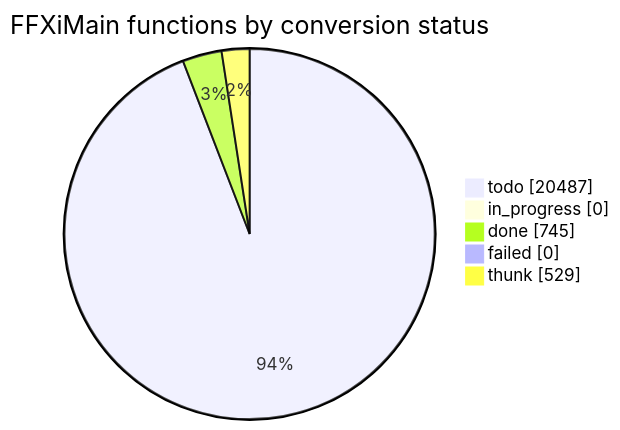
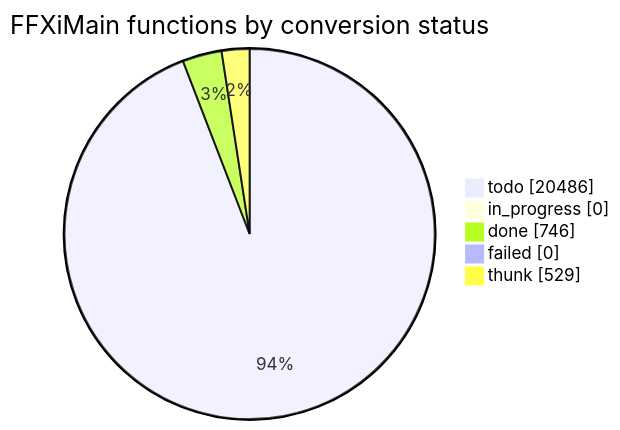
The diagram in docs/cow/STATUS.md (cowrevenge/cow_kuluu_xi_anything), drawn with Mermaid before and after one commit. The commit also changed other lines of this file and 9 other files, not shown here.

````diff
--- a/docs/cow/STATUS.md
+++ b/docs/cow/STATUS.md
@@ -18,9 +18,9 @@
 ```mermaid
 pie showData
     title FFXiMain functions by conversion status
-    "todo" : 20487
+    "todo" : 20486
     "in_progress" : 0
-    "done" : 745
+    "done" : 746
     "failed" : 0
     "thunk" : 529
 ```
````
